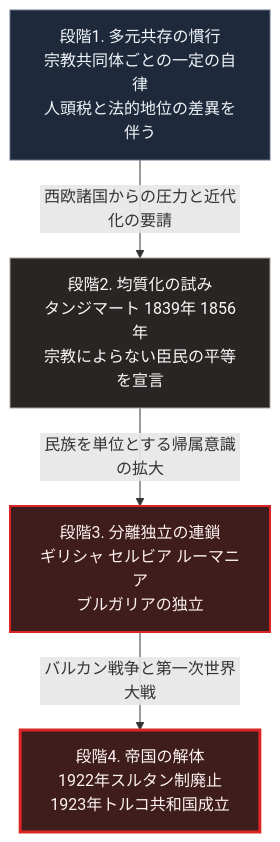
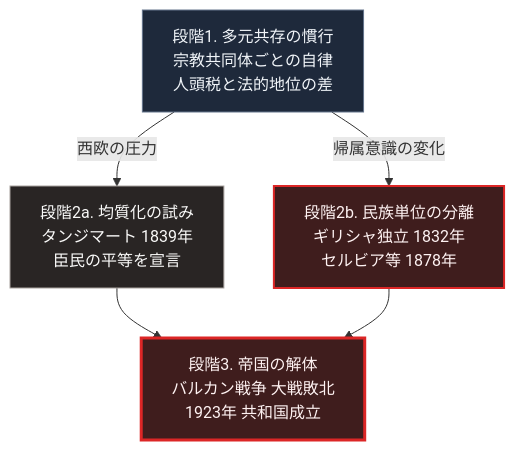
Before and after one commit to Takenori-Kusaka/zenn-content: the diagram in books/sovereign-resilience-blueprint/09_ottoman-polycentric-governance.md, drawn with Mermaid. The commit also changed other lines of this file and 114 other files, not shown here.

````diff
--- a/books/sovereign-resilience-blueprint/09_ottoman-polycentric-governance.md
+++ b/books/sovereign-resilience-blueprint/09_ottoman-polycentric-governance.md
@@ -73,12 +73,13 @@
 ```mermaid
 flowchart TD
-    A[段階1. 多元共存の慣行<br>宗教共同体ごとの一定の自律<br>人頭税と法的地位の差異を伴う]
-    A -->|西欧諸国からの圧力と近代化の要請| B[段階2. 均質化の試み<br>タンジマート 1839年 1856年<br>宗教によらない臣民の平等を宣言]
-    B -->|民族を単位とする帰属意識の拡大| C[段階3. 分離独立の連鎖<br>ギリシャ セルビア ルーマニア<br>ブルガリアの独立]
-    C -->|バルカン戦争と第一次世界大戦| D[段階4. 帝国の解体<br>1922年スルタン制廃止<br>1923年トルコ共和国成立]
+    A[段階1. 多元共存の慣行<br>宗教共同体ごとの自律<br>人頭税と法的地位の差]
+    A -->|西欧の圧力| B[段階2a. 均質化の試み<br>タンジマート 1839年<br>臣民の平等を宣言]
+    A -->|帰属意識の変化| C[段階2b. 民族単位の分離<br>ギリシャ独立 1832年<br>セルビア等 1878年]
+    B --> D[段階3. 帝国の解体<br>バルカン戦争 大戦敗北<br>1923年 共和国成立]
+    C --> D
 
     style A fill:#1e293b,stroke:#64748b,color:#f1f5f9
     style B fill:#292524,stroke:#a8a29e,color:#fafaf9
     style C fill:#3f1d1d,stroke:#dc2626,stroke-width:2px,color:#fef2f2
     style D fill:#3f1d1d,stroke:#dc2626,stroke-width:3px,color:#fef2f2
 ```
````
